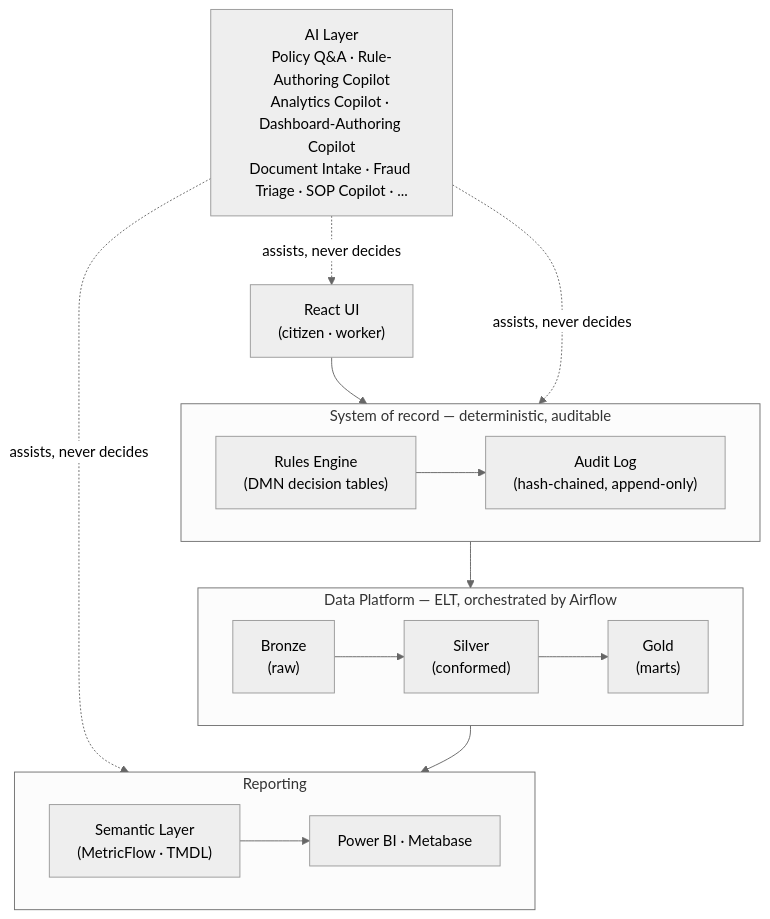
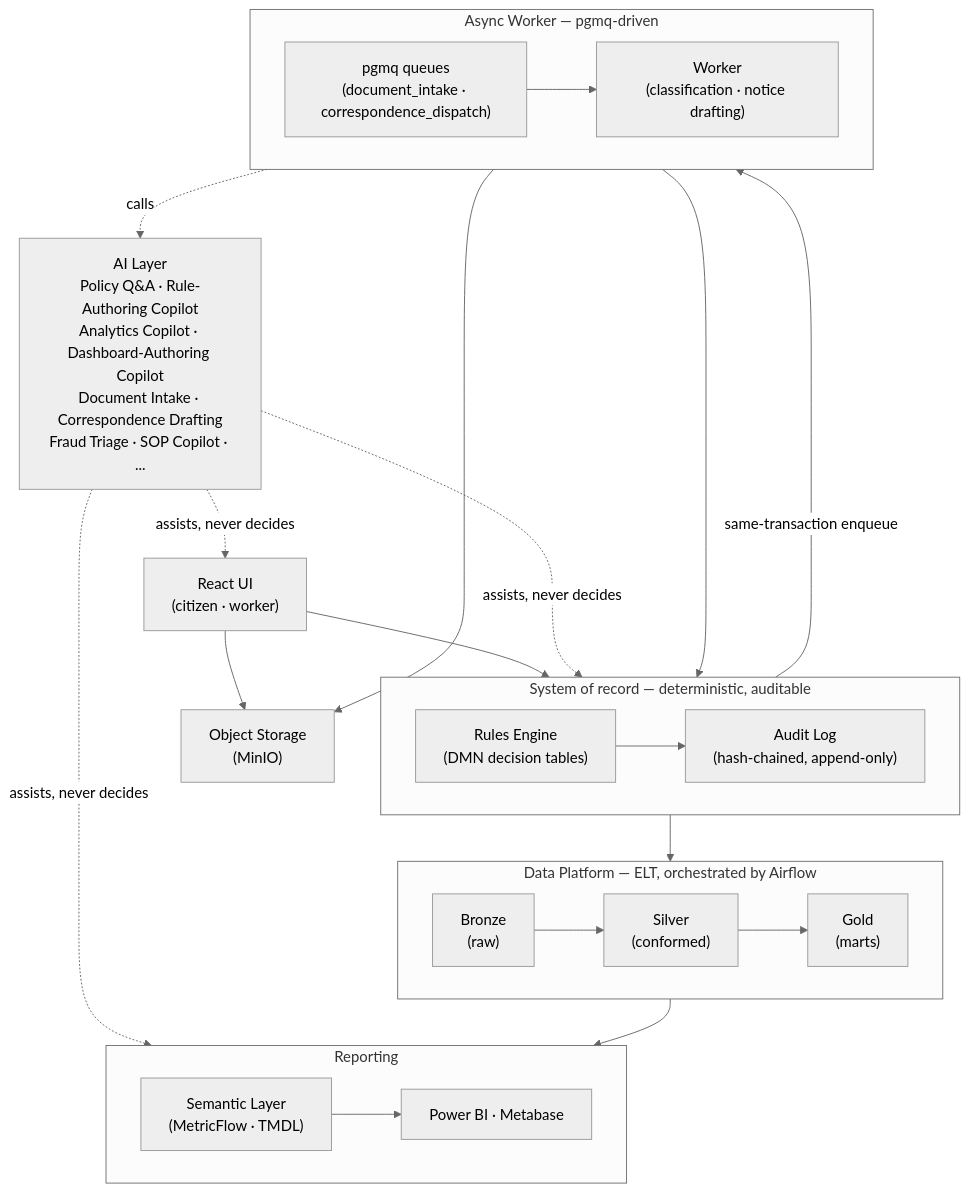
The diagram in README.md (bsreecharanreddy/canopica), drawn with Mermaid (neutral theme) before and after one commit. The commit also changed 8 other files, not shown here.

````diff
--- a/README.md
+++ b/README.md
@@ -47,29 +47,41 @@
 ```mermaid
 flowchart TB
     A["React UI\n(citizen · worker)"]
 
     subgraph core["System of record — deterministic, auditable"]
         direction LR
         B["Rules Engine\n(DMN decision tables)"] --> F["Audit Log\n(hash-chained, append-only)"]
+    end
+
+    M["Object Storage\n(MinIO)"]
+
+    subgraph async["Async Worker — pgmq-driven"]
+        direction LR
+        Q["pgmq queues\n(document_intake · correspondence_dispatch)"] --> W["Worker\n(classification · notice drafting)"]
     end
 
     subgraph data["Data Platform — ELT, orchestrated by Airflow"]
         direction LR
         C1["Bronze\n(raw)"] --> C2["Silver\n(conformed)"] --> C3["Gold\n(marts)"]
     end
 
     subgraph bi["Reporting"]
         direction LR
         G["Semantic Layer\n(MetricFlow · TMDL)"] --> D["Power BI · Metabase"]
     end
 
-    E["AI Layer\nPolicy Q&A · Rule-Authoring Copilot\nAnalytics Copilot · Dashboard-Authoring Copilot\nDocument Intake · Fraud Triage · SOP Copilot · ..."]
+    E["AI Layer\nPolicy Q&A · Rule-Authoring Copilot\nAnalytics Copilot · Dashboard-Authoring Copilot\nDocument Intake · Correspondence Drafting\nFraud Triage · SOP Copilot · ..."]
 
     A --> core
+    A --> M
+    core -- "same-transaction enqueue" --> Q
+    W --> M
+    W --> core
     core --> C1
     C3 --> G
 
     E -. assists, never decides .-> A
     E -. assists, never decides .-> core
     E -. assists, never decides .-> bi
+    W -. calls .-> E
 ```
````
